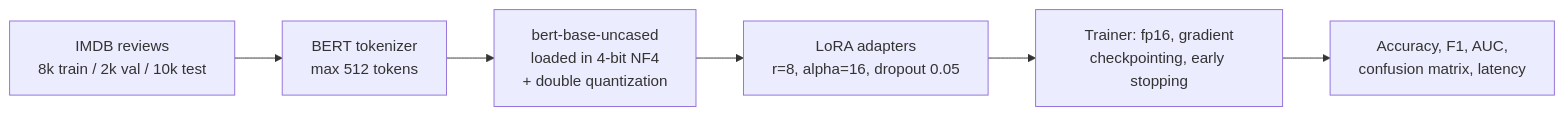
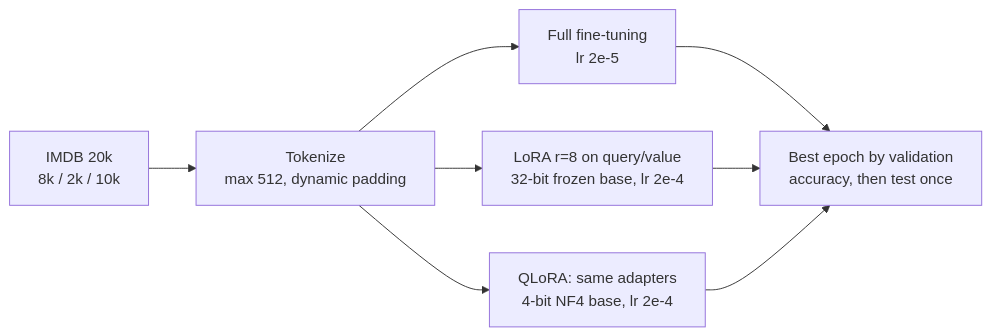
Before and after one commit to dojedaro/qlora-bert-sentiment-classification: the diagram in README.md, drawn with Mermaid. The commit also changed other lines of this file and 4 other files, not shown here.

First line of the commit message:
Add measured results for full, LoRA and QLoRA; README from them

````diff
--- a/README.md
+++ b/README.md
@@ -34,8 +57,8 @@
 ```mermaid
 flowchart LR
-    D[IMDB reviews<br/>8k train / 2k val / 10k test] --> T[BERT tokenizer<br/>max 512 tokens]
-    T --> Q[bert-base-uncased<br/>loaded in 4-bit NF4<br/>+ double quantization]
-    Q --> L[LoRA adapters<br/>r=8, alpha=16, dropout 0.05]
-    L --> TR[Trainer: fp16, gradient<br/>checkpointing, early stopping]
-    TR --> E[Accuracy, F1, AUC,<br/>confusion matrix, latency]
+    D[IMDB 20k<br/>8k / 2k / 10k] --> T[Tokenize<br/>max 512, dynamic padding]
+    T --> F[Full fine-tuning<br/>lr 2e-5]
+    T --> L[LoRA r=8 on query/value<br/>32-bit frozen base, lr 2e-4]
+    T --> Q[QLoRA: same adapters<br/>4-bit NF4 base, lr 2e-4]
+    F & L & Q --> E[Best epoch by validation<br/>accuracy, then test once]
 ```
````
